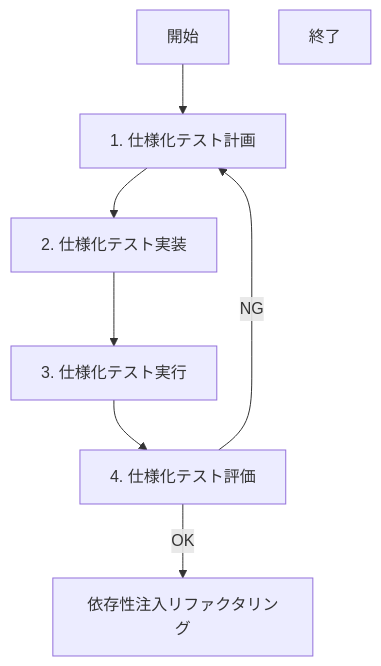
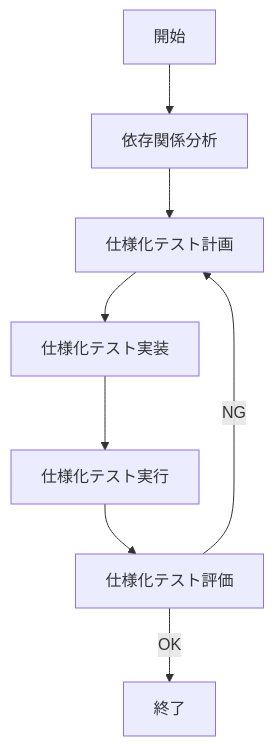
One commit to ryosuke911/WORKFLOW_SPEC_TEST changed the diagram in WORKFLOW_SPEC_TEST_MAIN.md. Above: the diagram before and after it, drawn with Mermaid. The commit also changed other lines of this file and 4 other files, not shown here.

````diff
--- a/WORKFLOW_SPEC_TEST_MAIN.md
+++ b/WORKFLOW_SPEC_TEST_MAIN.md
@@ -11,17 +10,18 @@
 ```mermaid
 graph TD
     Start[開始]
-    Plan[1. 仕様化テスト計画]
-    Impl[2. 仕様化テスト実装]
-    Exec[3. 仕様化テスト実行]
-    Eval[4. 仕様化テスト評価]
-    DI[依存性注入リファクタリング]
+    Analyze[依存関係分析]
+    Plan[仕様化テスト計画]
+    Impl[仕様化テスト実装]
+    Exec[仕様化テスト実行]
+    Eval[仕様化テスト評価]
     End[終了]
 
-    Start --> Plan
+    Start --> Analyze
+    Analyze --> Plan
     Plan --> Impl
     Impl --> Exec
     Exec --> Eval
-    Eval -->|OK| DI
+    Eval -->|OK| End
     Eval -->|NG| Plan
 ```
````
